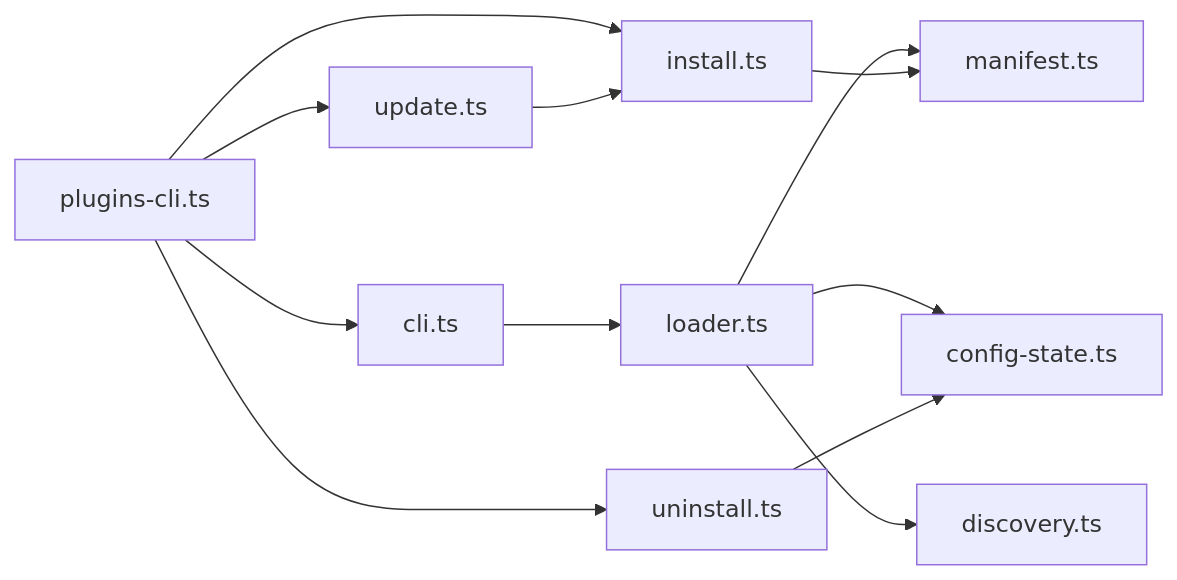
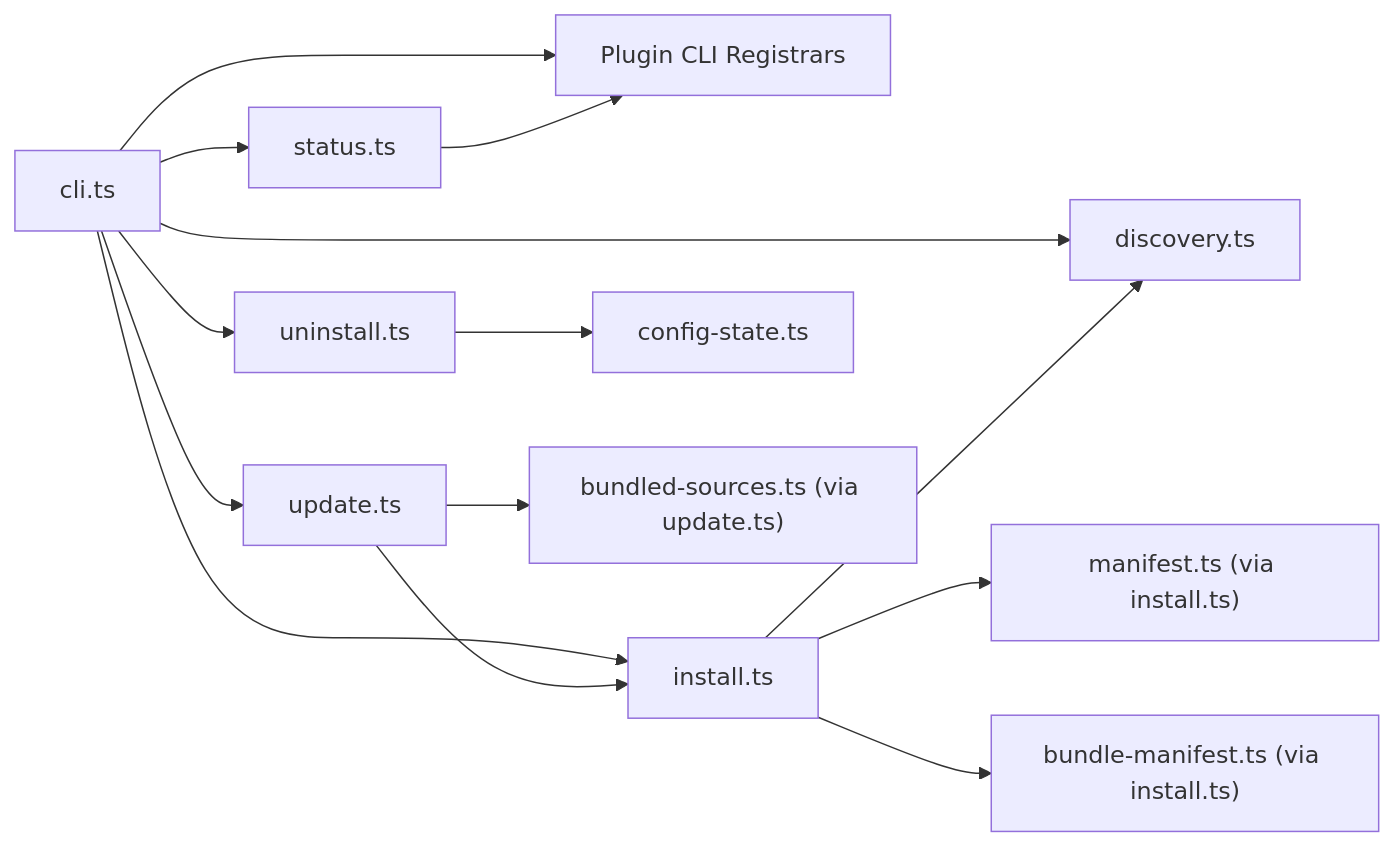
The eighth of 8 diagrams in repowiki/en/content/CLI Interface/Plugin Management.md (botx-work/OpenClaw-Internals), drawn with Mermaid before and after one commit. The commit also changed other lines of this file and 332 other files, not shown here.

````diff
--- a/repowiki/en/content/CLI Interface/Plugin Management.md
+++ b/repowiki/en/content/CLI Interface/Plugin Management.md
@@ -400,14 +306,16 @@
 ```mermaid
 graph LR
-CLI["plugins-cli.ts"] --> INST["install.ts"]
+CLI["cli.ts"] --> REG["Plugin CLI Registrars"]
+CLI --> INST["install.ts"]
 CLI --> UNINST["uninstall.ts"]
 CLI --> UPD["update.ts"]
-CLI --> REG["cli.ts"]
-REG --> LOAD["loader.ts"]
-LOAD --> DISC["discovery.ts"]
-LOAD --> CFG["config-state.ts"]
-LOAD --> MAN["manifest.ts"]
-INST --> MAN
-UNINST --> CFG
+CLI --> DISC["discovery.ts"]
+CLI --> STAT["status.ts"]
+INST --> DISC
+INST --> MAN["manifest.ts (via install.ts)"]
+INST --> BUN["bundle-manifest.ts (via install.ts)"]
+UNINST --> CFG["config-state.ts"]
 UPD --> INST
+UPD --> BUND["bundled-sources.ts (via update.ts)"]
+STAT --> REG
 ```
````
